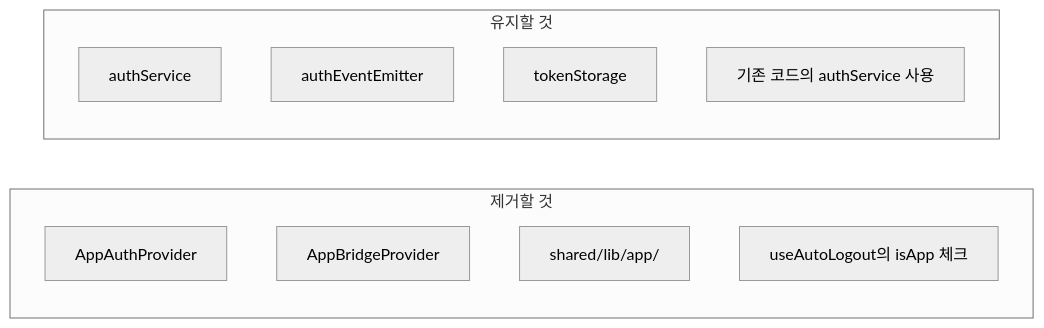
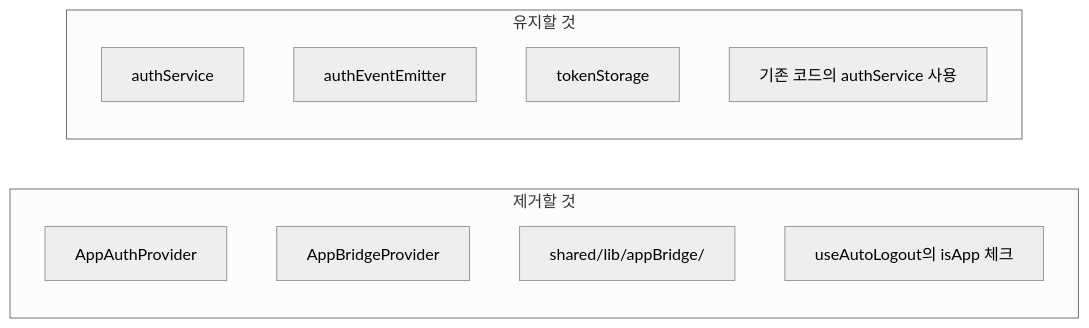
One commit to DDD-Community/DDD-12-GROWIT-FE changed the sixth of 6 diagrams in docs/tasks/auth-refactoring-and-app-bridge.md. Above: the diagram before and after it, drawn with Mermaid (neutral theme). The commit also changed other lines of this file and 4 other files, not shown here.

First line of the commit message:
feat: App Bridge 모듈 구현 (Phase 2)

````diff
--- a/docs/tasks/auth-refactoring-and-app-bridge.md
+++ b/docs/tasks/auth-refactoring-and-app-bridge.md
@@ -1302,16 +1288,16 @@
 ```mermaid
 flowchart LR
     subgraph Remove["제거할 것"]
         R1["AppAuthProvider"]
         R2["AppBridgeProvider"]
-        R3["shared/lib/app/"]
+        R3["shared/lib/appBridge/"]
         R4["useAutoLogout의 isApp 체크"]
     end
 
     subgraph Keep["유지할 것"]
         K1["authService"]
         K2["authEventEmitter"]
         K3["tokenStorage"]
         K4["기존 코드의 authService 사용"]
     end
 ```
````
